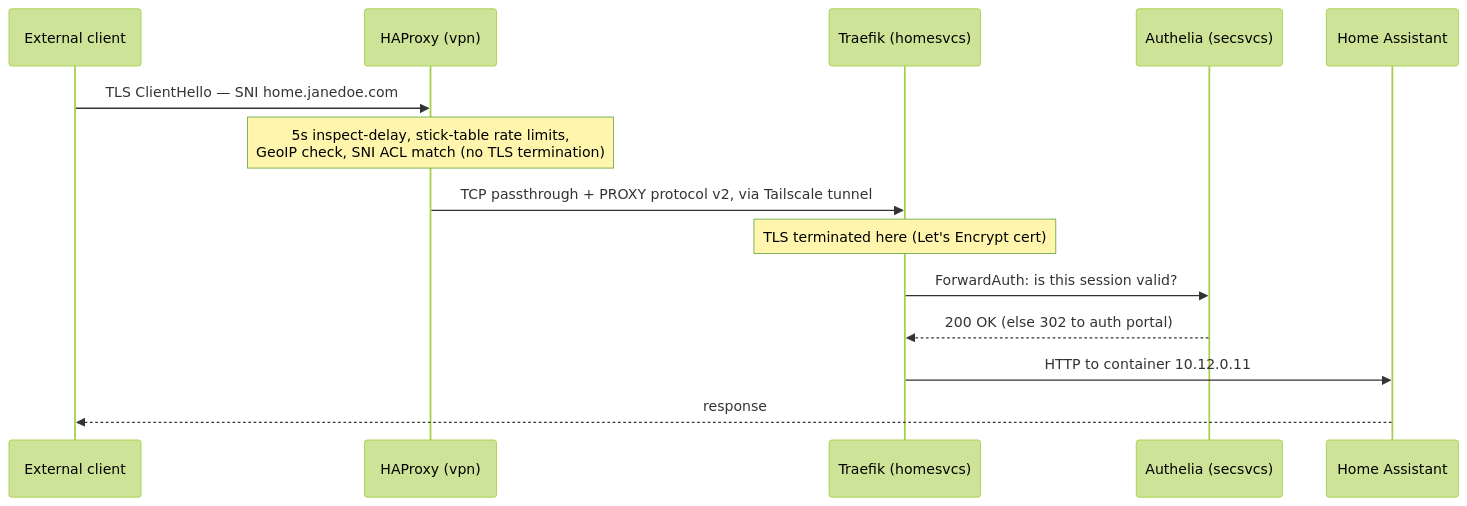
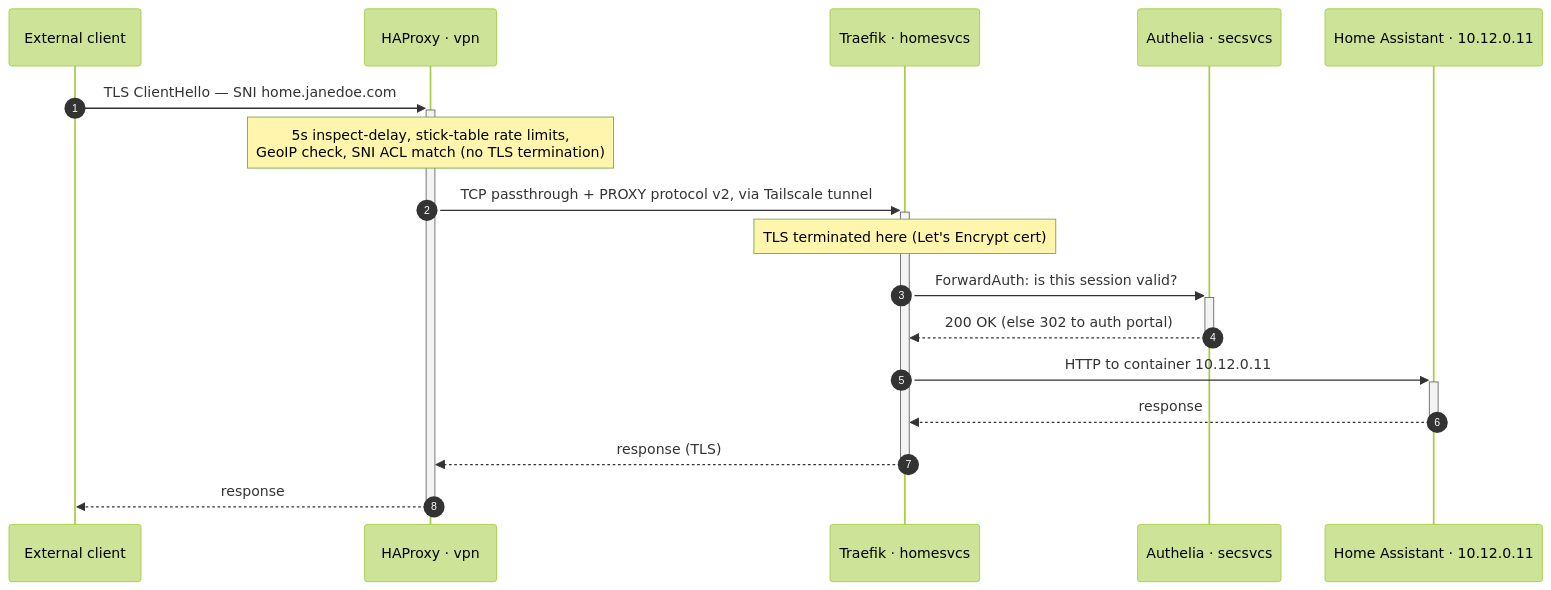
The second of 2 diagrams in docs/networking.md (babraham123/homelab), drawn with Mermaid (forest theme) before and after one commit. The commit also changed other lines of this file and 4 other files, not shown here.

Commit message:
improve diagrams in docs/

````diff
--- a/docs/networking.md
+++ b/docs/networking.md
@@ -136,17 +151,20 @@
 ```mermaid
 sequenceDiagram
+    autonumber
     participant C as External client
-    participant H as HAProxy (vpn)
-    participant T as Traefik (homesvcs)
-    participant A as Authelia (secsvcs)
-    participant S as Home Assistant
+    participant H as HAProxy · vpn
+    participant T as Traefik · homesvcs
+    participant A as Authelia · secsvcs
+    participant S as Home Assistant · 10.12.0.11
 
-    C->>H: TLS ClientHello — SNI home.janedoe.com
+    C->>+H: TLS ClientHello — SNI home.janedoe.com
     Note over H: 5s inspect-delay, stick-table rate limits,<br/>GeoIP check, SNI ACL match (no TLS termination)
-    H->>T: TCP passthrough + PROXY protocol v2, via Tailscale tunnel
+    H->>+T: TCP passthrough + PROXY protocol v2, via Tailscale tunnel
     Note over T: TLS terminated here (Let's Encrypt cert)
-    T->>A: ForwardAuth: is this session valid?
-    A-->>T: 200 OK (else 302 to auth portal)
-    T->>S: HTTP to container 10.12.0.11
-    S-->>C: response
+    T->>+A: ForwardAuth: is this session valid?
+    A-->>-T: 200 OK (else 302 to auth portal)
+    T->>+S: HTTP to container 10.12.0.11
+    S-->>-T: response
+    T-->>-H: response (TLS)
+    H-->>-C: response
 ```
````
